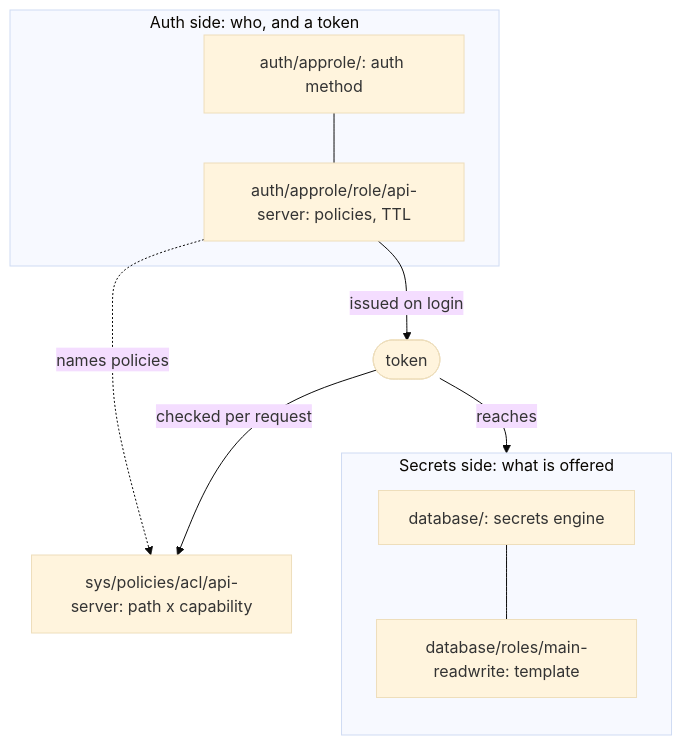
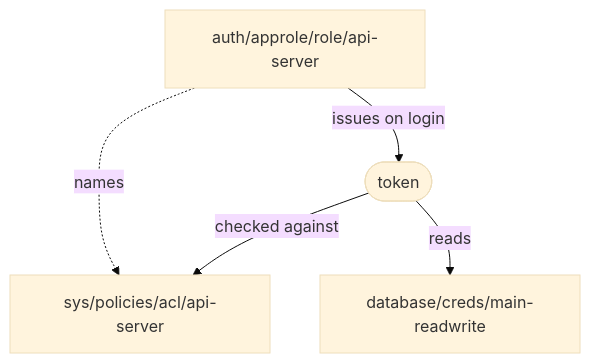
The first of 2 diagrams in docs/CONCEPTS.md (zinrai/hashicorp-vault-lab), drawn with Mermaid (base theme) before and after one commit. The commit also changed other lines of this file and 8 other files, not shown here.

````diff
--- a/docs/CONCEPTS.md
+++ b/docs/CONCEPTS.md
@@ -58,24 +30,12 @@
 ```mermaid
 flowchart TB
-    subgraph AUTH["Auth side: who, and a token"]
-        AM["auth/approle/: auth method"]
-        RL["auth/approle/role/api-server: policies, TTL"]
-        AM --- RL
-    end
+    RL["auth/approle/role/api-server"]
+    TOK(["token"])
+    POL["sys/policies/acl/api-server"]
+    CT["database/creds/main-readwrite"]
 
-    POL["sys/policies/acl/api-server: path x capability"]
-
-    subgraph SEC["Secrets side: what is offered"]
-        direction TB
-        DB["database/: secrets engine"]
-        CT["database/roles/main-readwrite: template"]
-        DB --- CT
-    end
-
-    TOK(["token"])
-
-    RL -->|"issued on login"| TOK
-    RL -.->|"names policies"| POL
-    TOK -->|"checked per request"| POL
-    TOK -->|"reaches"| SEC
+    RL -->|"issues on login"| TOK
+    RL -.->|"names"| POL
+    TOK -->|"checked against"| POL
+    TOK -->|"reads"| CT
 ```
````
